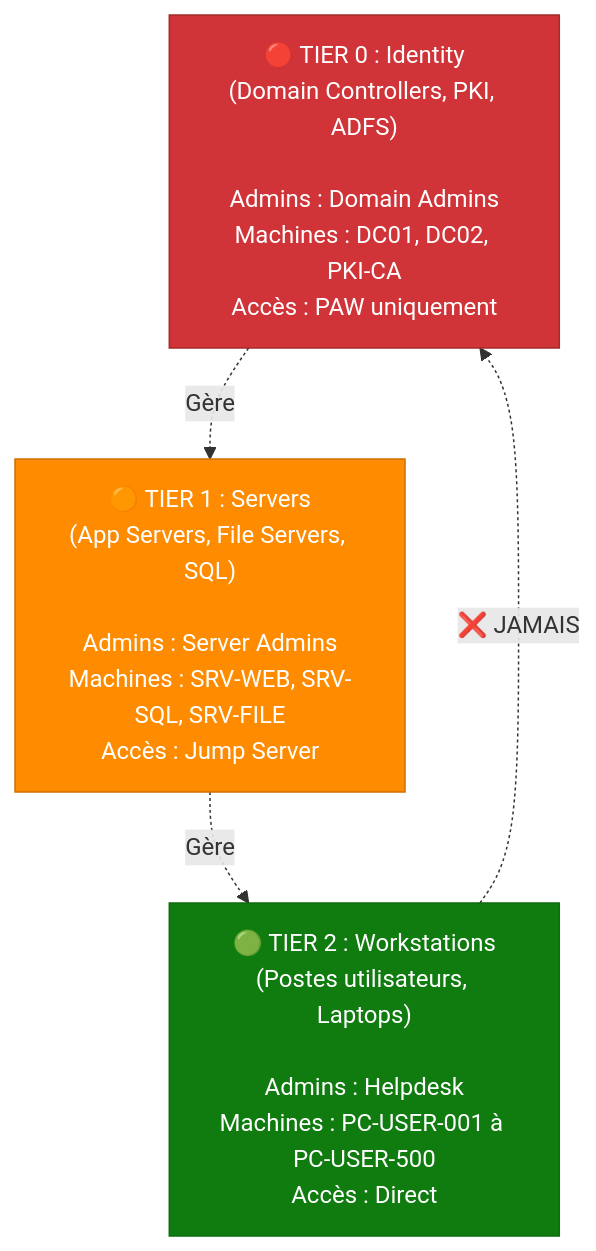
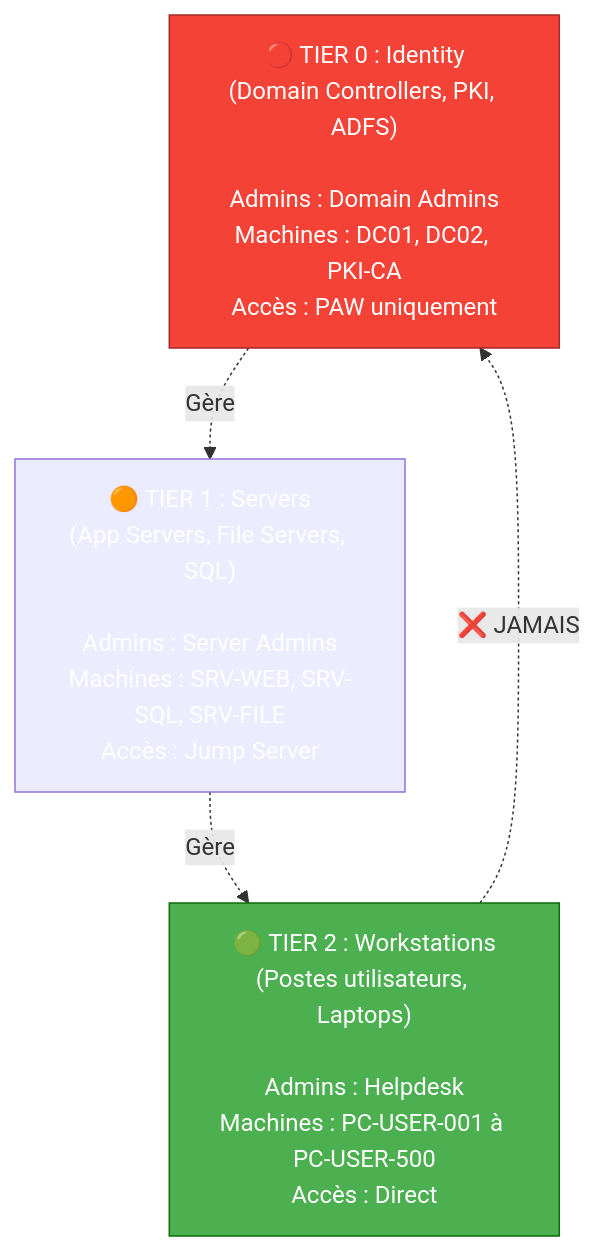
The second of 2 diagrams in docs/formations/windows-server/03-module.md (VBlackJack/ShellBook), drawn with Mermaid before and after one commit. The commit also changed other lines of this file and 337 other files, not shown here.

First line of the commit message:
refactor(docs): Standardize code blocks and Mermaid colors

````diff
--- a/docs/formations/windows-server/03-module.md
+++ b/docs/formations/windows-server/03-module.md
@@ -106,16 +106,16 @@
 ```mermaid
 graph TD
     T0["🔴 TIER 0 : Identity<br/>(Domain Controllers, PKI, ADFS)<br/><br/>Admins : Domain Admins<br/>Machines : DC01, DC02, PKI-CA<br/>Accès : PAW uniquement"]
 
     T1["🟠 TIER 1 : Servers<br/>(App Servers, File Servers, SQL)<br/><br/>Admins : Server Admins<br/>Machines : SRV-WEB, SRV-SQL, SRV-FILE<br/>Accès : Jump Server"]
 
     T2["🟢 TIER 2 : Workstations<br/>(Postes utilisateurs, Laptops)<br/><br/>Admins : Helpdesk<br/>Machines : PC-USER-001 à PC-USER-500<br/>Accès : Direct"]
 
     T0 -.->|Gère| T1
     T1 -.->|Gère| T2
     T2 -.->|❌ JAMAIS| T0
 
-    style T0 fill:#d13438,stroke:#a52a2a,color:#fff
-    style T1 fill:#ff8c00,stroke:#cc7000,color:#fff
-    style T2 fill:#107c10,stroke:#0e6b0e,color:#fff
+    style T0 fill:#f44336,stroke:#a52a2a,color:#fff
+    style T1 fill:#FF9800800800,stroke:#FF9800800,color:#fff
+    style T2 fill:#4CAF50,stroke:#0e6b0e,color:#fff
 ```
````
